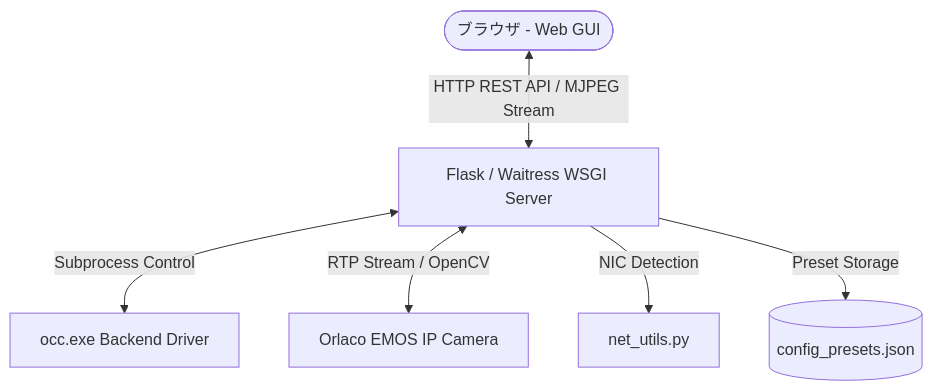
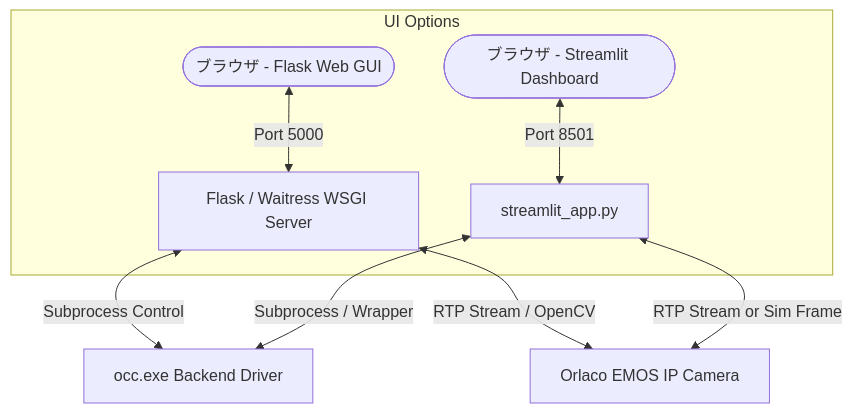
The diagram in README.md (Shuntaro1996/occ-web), drawn with Mermaid before and after one commit. The commit also changed other lines of this file and 4 other files, not shown here.

Commit message:
feat: add Streamlit interactive dashboard (streamlit_app.py) with demo simulation mode and launcher

````diff
--- a/README.md
+++ b/README.md
@@ -33,8 +35,13 @@
 ```mermaid
 graph TD
-    User([ブラウザ - Web GUI]) <-->|HTTP REST API / MJPEG Stream| App[Flask / Waitress WSGI Server]
+    subgraph UI Options
+        User1([ブラウザ - Flask Web GUI]) <-->|Port 5000| App[Flask / Waitress WSGI Server]
+        User2([ブラウザ - Streamlit Dashboard]) <-->|Port 8501| StreamlitApp[streamlit_app.py]
+    end
+    
     App <-->|Subprocess Control| OCC[occ.exe Backend Driver]
+    StreamlitApp <-->|Subprocess / Wrapper| OCC
+    
     App <-->|RTP Stream / OpenCV| Camera[Orlaco EMOS IP Camera]
-    App -->|NIC Detection| NetUtils[net_utils.py]
-    App -->|Preset Storage| JSON[(config_presets.json)]
+    StreamlitApp <-->|RTP Stream or Sim Frame| Camera
 ```
````
